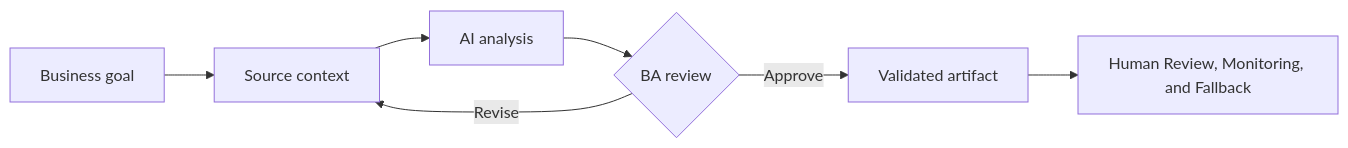
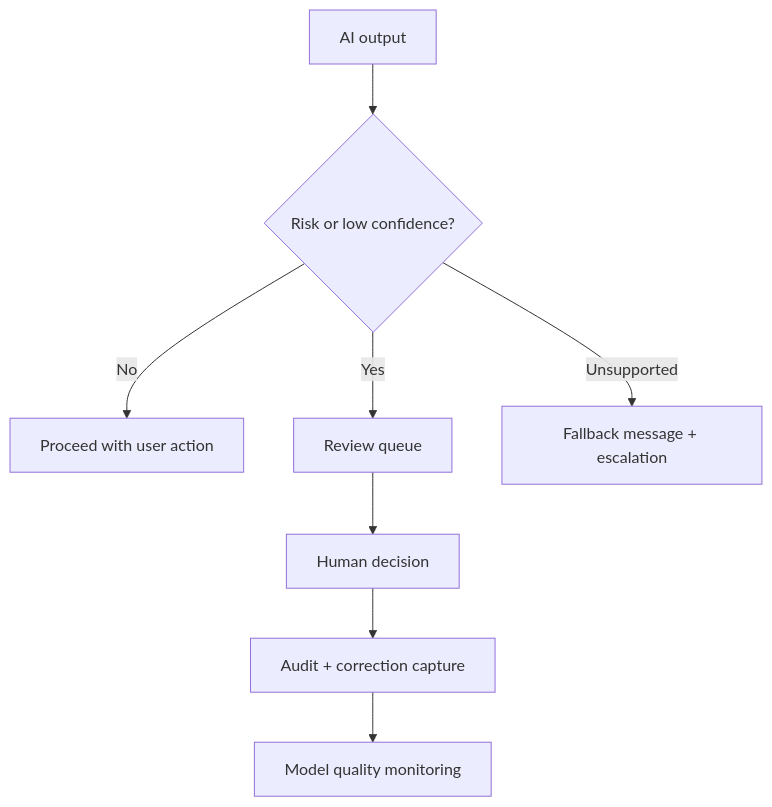
Before and after one commit to anhtnt90dev/ai-for-ba: the diagram in docs/en/lessons/human-in-the-loop-monitoring-and-fallback/index.md, drawn with Mermaid. The commit also changed other lines of this file and 64 other files, not shown here.

````diff
--- a/docs/en/lessons/human-in-the-loop-monitoring-and-fallback/index.md
+++ b/docs/en/lessons/human-in-the-loop-monitoring-and-fallback/index.md
@@ -39,9 +38,10 @@
 ```mermaid
-flowchart LR
-    A["Business goal"] --> B["Source context"]
-    B --> C["AI analysis"]
-    C --> D{"BA review"}
-    D -->|"Revise"| B
-    D -->|"Approve"| E["Validated artifact"]
-    E --> F["Human Review, Monitoring, and Fallback"]
+flowchart TD
+    A["AI output"] --> B{"Risk or low confidence?"}
+    B -->|No| C["Proceed with user action"]
+    B -->|Yes| D["Review queue"]
+    D --> E["Human decision"]
+    E --> F["Audit + correction capture"]
+    F --> G["Model quality monitoring"]
+    B -->|Unsupported| H["Fallback message + escalation"]
 ```
````
